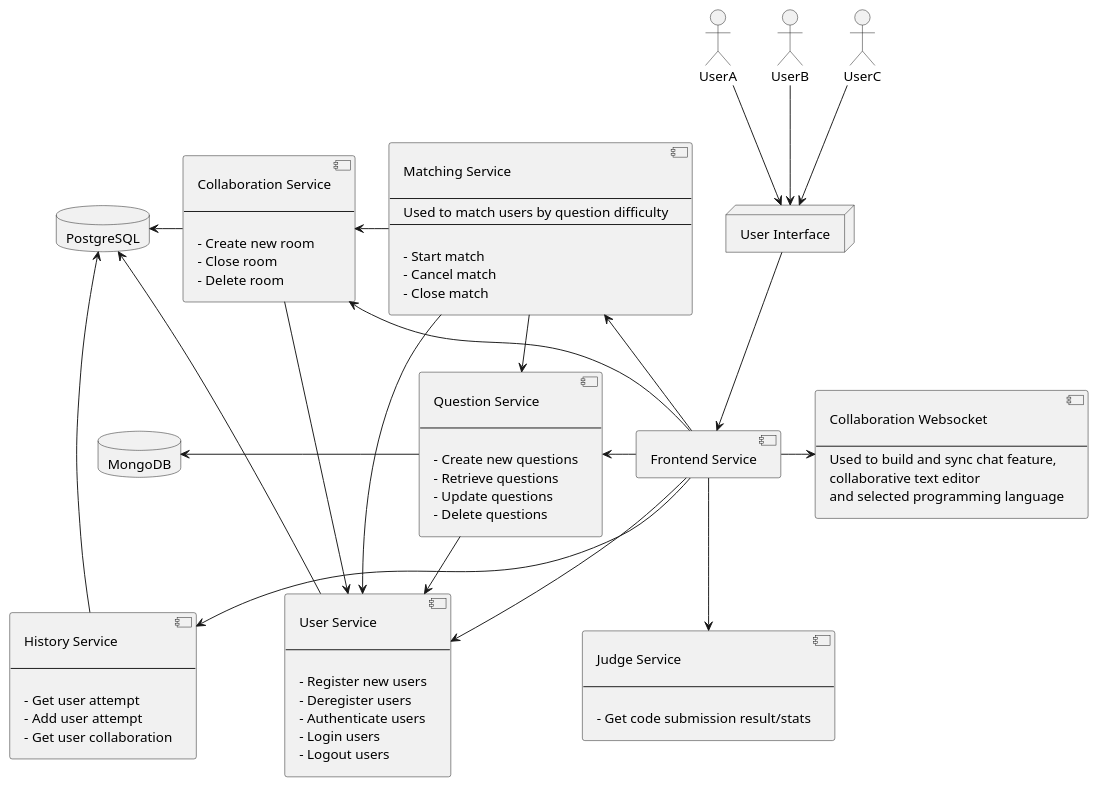
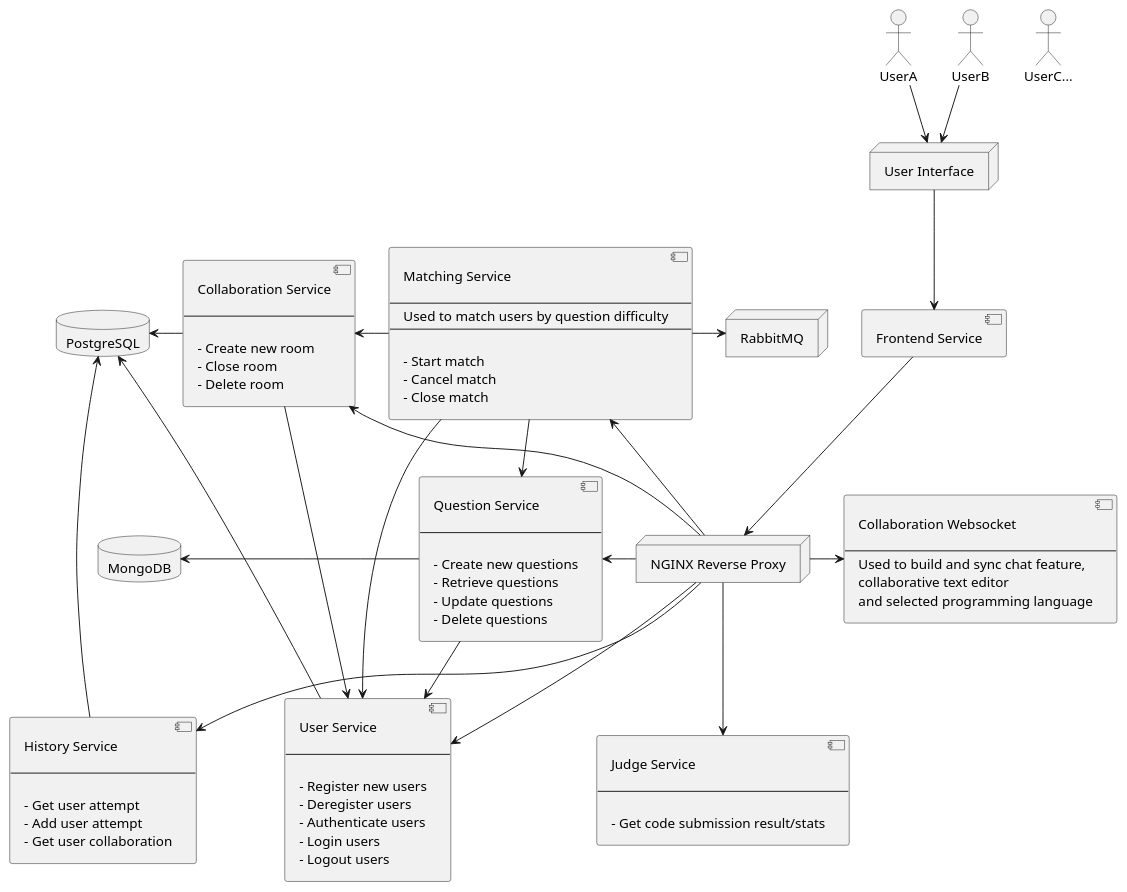
The diagram in microservices_architecture.wsd (CS3219-AY2324S1/ay2324s1-course-assessment-g01), drawn with PlantUML before and after one commit.

Commit message:
fix: added reverse proxy and rabbitmq to diagram

```diff
--- a/microservices_architecture.wsd
+++ b/microservices_architecture.wsd
@@ -1,124 +1,132 @@
 @startuml microservices_architecture
 
 ' clients
 actor UserA
+actor UserB
+actor UserC...
 
-actor UserB
-
-actor UserC
 
 node user_interface [
 	User Interface
+]
+
+node nginx_reverse_proxy [
+	NGINX Reverse Proxy
+]
+
+node rabbit_mq [
+	RabbitMQ
 ]
 
 ' services
 component frontend_service [
 	Frontend Service
 ]
 
 component user_service [
 	User Service
 
 	---
 
 	- Register new users
 	- Deregister users
 	- Authenticate users
 	- Login users
 	- Logout users
 ]
 
 component question_service [
 	Question Service
 
 	---
 
 	- Create new questions
 	- Retrieve questions
 	- Update questions
 	- Delete questions
 ]
 
 component matching_service [
 	Matching Service
 
 	---
 	Used to match users by question difficulty
 	---
 
 	- Start match
 	- Cancel match
 	- Close match
 ]
 
 component collaboration_service [
 	Collaboration Service
 
 	---
 
 	- Create new room
 	- Close room
 	- Delete room
 ]
 
 component collab_websocket [
 	Collaboration Websocket
 
 	---
 	Used to build and sync chat feature,
 	collaborative text editor
 	and selected programming language
 ]
 
 component judge_service [
 	Judge Service
 
 	---
 
 	- Get code submission result/stats
 ]
 
 component history_service [
 	History Service
 
 	---
 
 	- Get user attempt
 	- Add user attempt
 	- Get user collaboration
 ]
 
 ' databases
 database postgresql [
 	PostgreSQL
 ]
 
 database mongodb [
 	MongoDB
 ]
 
 ' connections
 UserA -down-> user_interface
 UserB -down-> user_interface
-UserC -down-> user_interface
 
 user_interface -down-> frontend_service
 
-frontend_service -down-> user_service
-frontend_service -left-> question_service
-frontend_service -up-> matching_service
-frontend_service -up-> collaboration_service
-frontend_service -> collab_websocket
-frontend_service -down-> judge_service
-frontend_service -down-> history_service
+frontend_service -down-> nginx_reverse_proxy
+nginx_reverse_proxy -down-> user_service
+nginx_reverse_proxy -left-> question_service
+nginx_reverse_proxy -up-> matching_service
+nginx_reverse_proxy -up-> collaboration_service
+nginx_reverse_proxy -> collab_websocket
+nginx_reverse_proxy -down-> judge_service
+nginx_reverse_proxy -down-> history_service
 question_service -> user_service
 question_service -left-> mongodb
+matching_service -> rabbit_mq
 matching_service -> user_service
 matching_service -> question_service
 matching_service -left-> collaboration_service
 collaboration_service -> user_service
 user_service -left-> postgresql
 collaboration_service -left-> postgresql
 history_service -left-> postgresql
 
 @enduml
```
